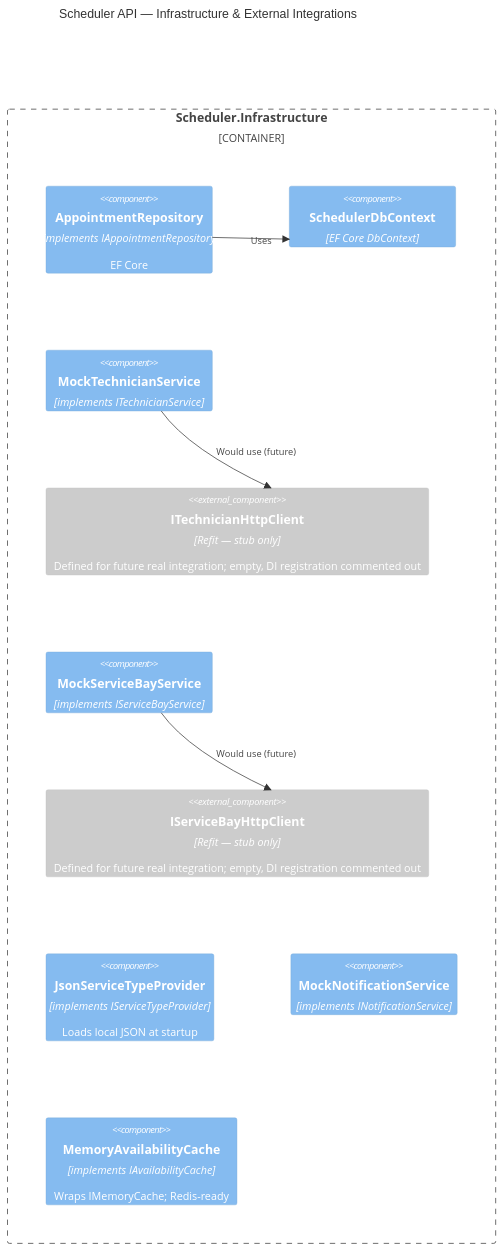
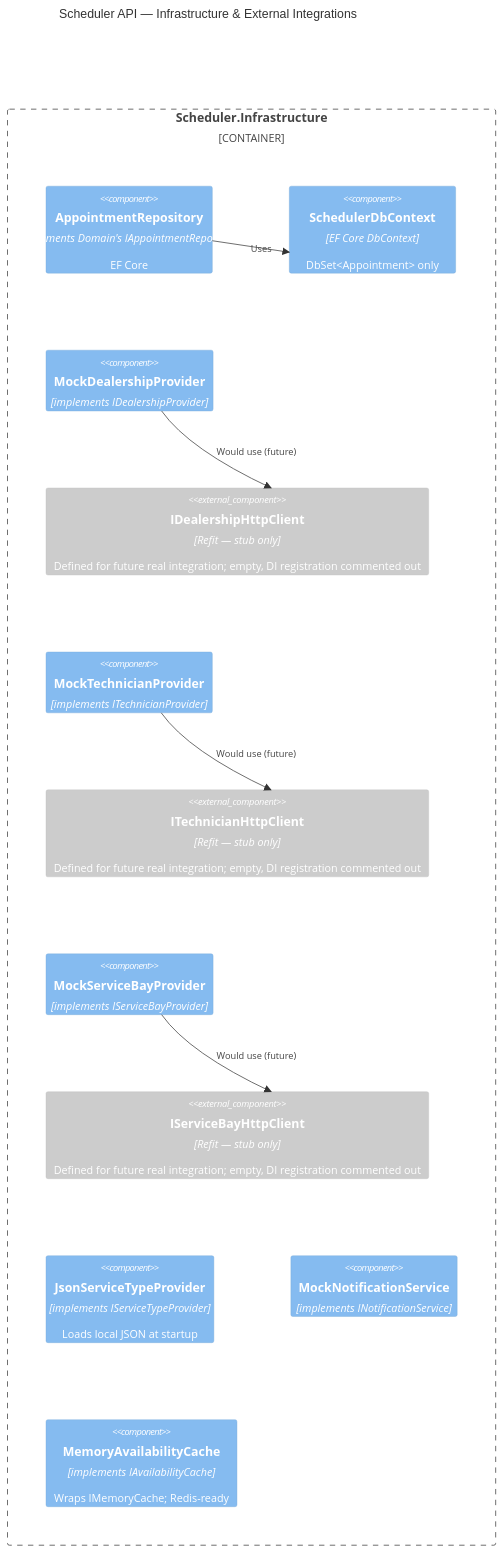
Before and after one commit to wesilios/unified-service-scheduler: the fifth of 9 diagrams in architecture.md, drawn with Mermaid. The commit also changed other lines of this file and 3 other files, not shown here.

````diff
--- a/architecture.md
+++ b/architecture.md
@@ -463,20 +516,23 @@
 ```mermaid
 C4Component
     title Scheduler API — Infrastructure & External Integrations
 
     Container_Boundary(infra, "Scheduler.Infrastructure") {
-        Component(repo, "AppointmentRepository", "implements IAppointmentRepository", "EF Core")
-        Component(dbctx, "SchedulerDbContext", "EF Core DbContext")
-        Component(techSvc, "MockTechnicianService", "implements ITechnicianService")
+        Component(repo, "AppointmentRepository", "implements Domain's IAppointmentRepository", "EF Core")
+        Component(dbctx, "SchedulerDbContext", "EF Core DbContext", "DbSet<Appointment> only")
+        Component(dealershipSvc, "MockDealershipProvider", "implements IDealershipProvider")
+        Component_Ext(dealershipHttp, "IDealershipHttpClient", "Refit — stub only", "Defined for future real integration; empty, DI registration commented out")
+        Component(techSvc, "MockTechnicianProvider", "implements ITechnicianProvider")
         Component_Ext(techHttp, "ITechnicianHttpClient", "Refit — stub only", "Defined for future real integration; empty, DI registration commented out")
-        Component(baySvc, "MockServiceBayService", "implements IServiceBayService")
+        Component(baySvc, "MockServiceBayProvider", "implements IServiceBayProvider")
         Component_Ext(bayHttp, "IServiceBayHttpClient", "Refit — stub only", "Defined for future real integration; empty, DI registration commented out")
         Component(typeProvider, "JsonServiceTypeProvider", "implements IServiceTypeProvider", "Loads local JSON at startup")
         Component(notifySvc, "MockNotificationService", "implements INotificationService")
         Component(cacheImpl, "MemoryAvailabilityCache", "implements IAvailabilityCache", "Wraps IMemoryCache; Redis-ready")
     }
 
     Rel(repo, dbctx, "Uses")
+    Rel(dealershipSvc, dealershipHttp, "Would use (future)")
     Rel(techSvc, techHttp, "Would use (future)")
     Rel(baySvc, bayHttp, "Would use (future)")
 ```
````
